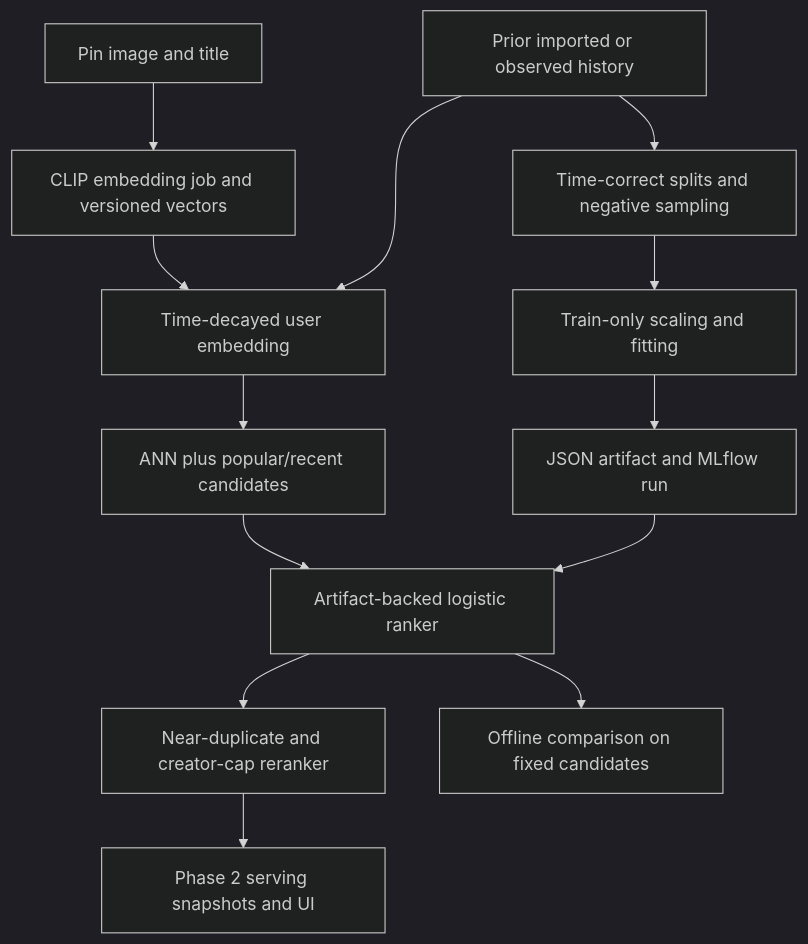
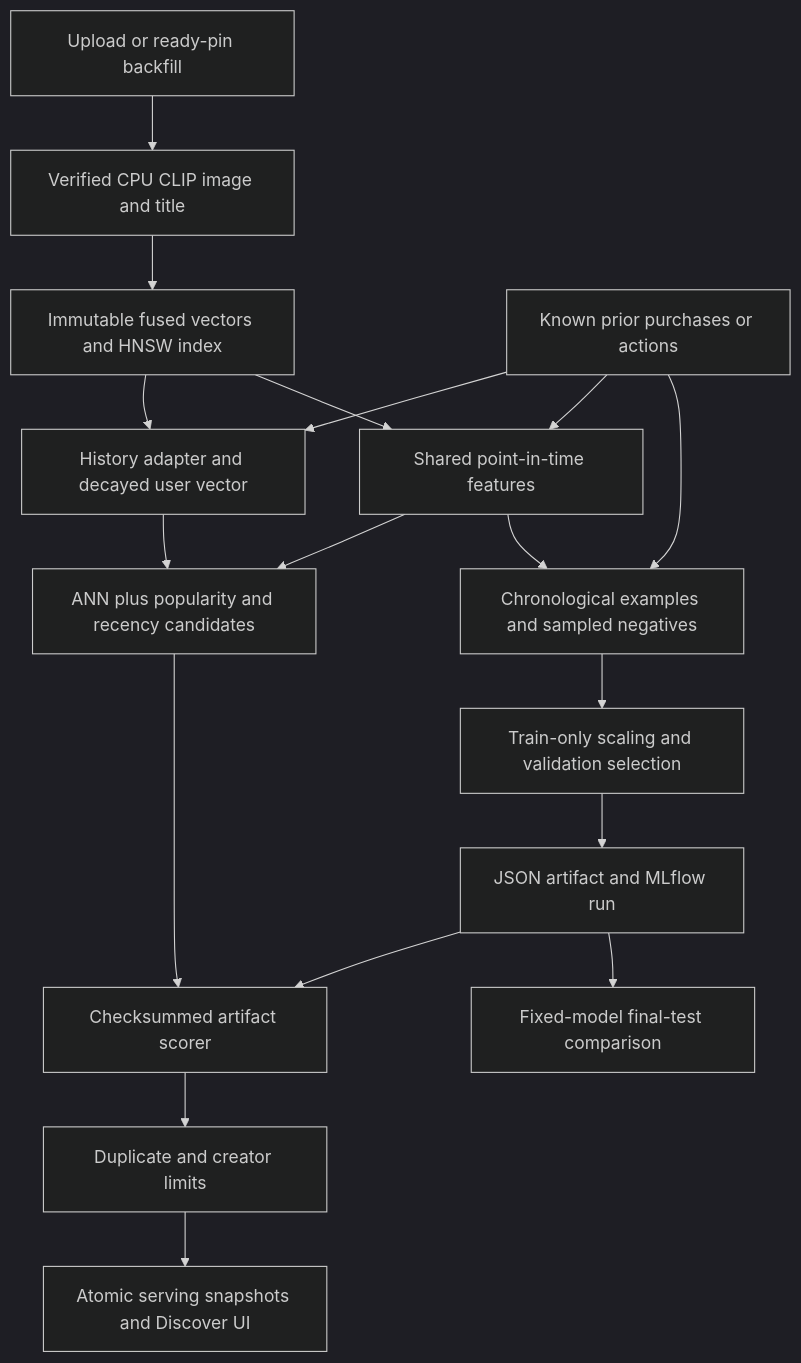
One commit to MehradShm/Pinmorph changed the diagram in docs/PHASE3A.md. Above: the diagram before and after it, drawn with Mermaid (dark theme). The commit also changed other lines of this file and 41 other files, not shown here.

````diff
--- a/docs/PHASE3A.md
+++ b/docs/PHASE3A.md
@@ -45,15 +32,20 @@
 ```mermaid
 flowchart TD
-    P[Pin image and title] --> V[CLIP embedding job and versioned vectors]
-    H[Prior imported or observed history] --> U[Time-decayed user embedding]
-    V --> U
-    U --> C[ANN plus popular/recent candidates]
-    C --> R[Artifact-backed logistic ranker]
-    R --> D[Near-duplicate and creator-cap reranker]
-    D --> F[Phase 2 serving snapshots and UI]
-    H --> T[Time-correct splits and negative sampling]
-    T --> M[Train-only scaling and fitting]
-    M --> A[JSON artifact and MLflow run]
-    A --> R
-    R --> E[Offline comparison on fixed candidates]
+  P[Upload or ready-pin backfill] --> C[Verified CPU CLIP image and title]
+  C --> V[Immutable fused vectors and HNSW index]
+  E[Known prior purchases or actions] --> H[History adapter and decayed user vector]
+  V --> H
+  H --> B[ANN plus popularity and recency candidates]
+  E --> F[Shared point-in-time features]
+  V --> F
+  F --> B
+  B --> R[Checksummed artifact scorer]
+  R --> D[Duplicate and creator limits]
+  D --> S[Atomic serving snapshots and Discover UI]
+  E --> T[Chronological examples and sampled negatives]
+  F --> T
+  T --> M[Train-only scaling and validation selection]
+  M --> A[JSON artifact and MLflow run]
+  A --> R
+  A --> Q[Fixed-model final-test comparison]
 ```
````
